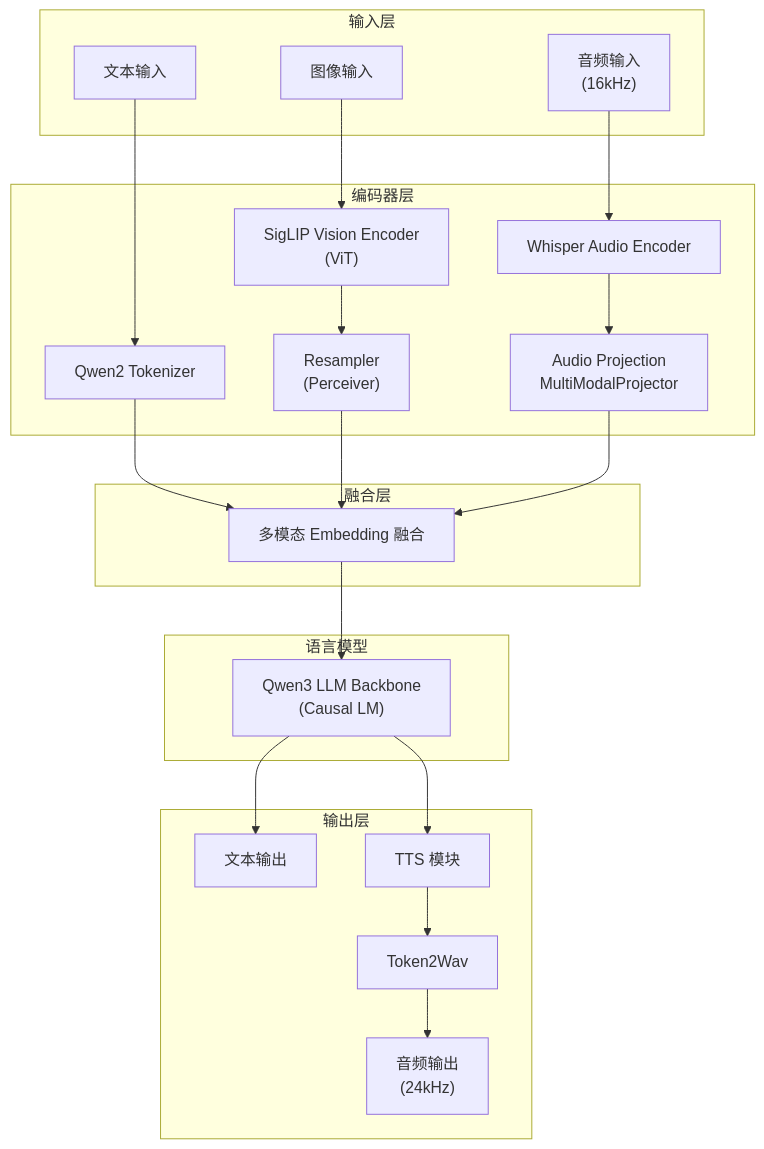
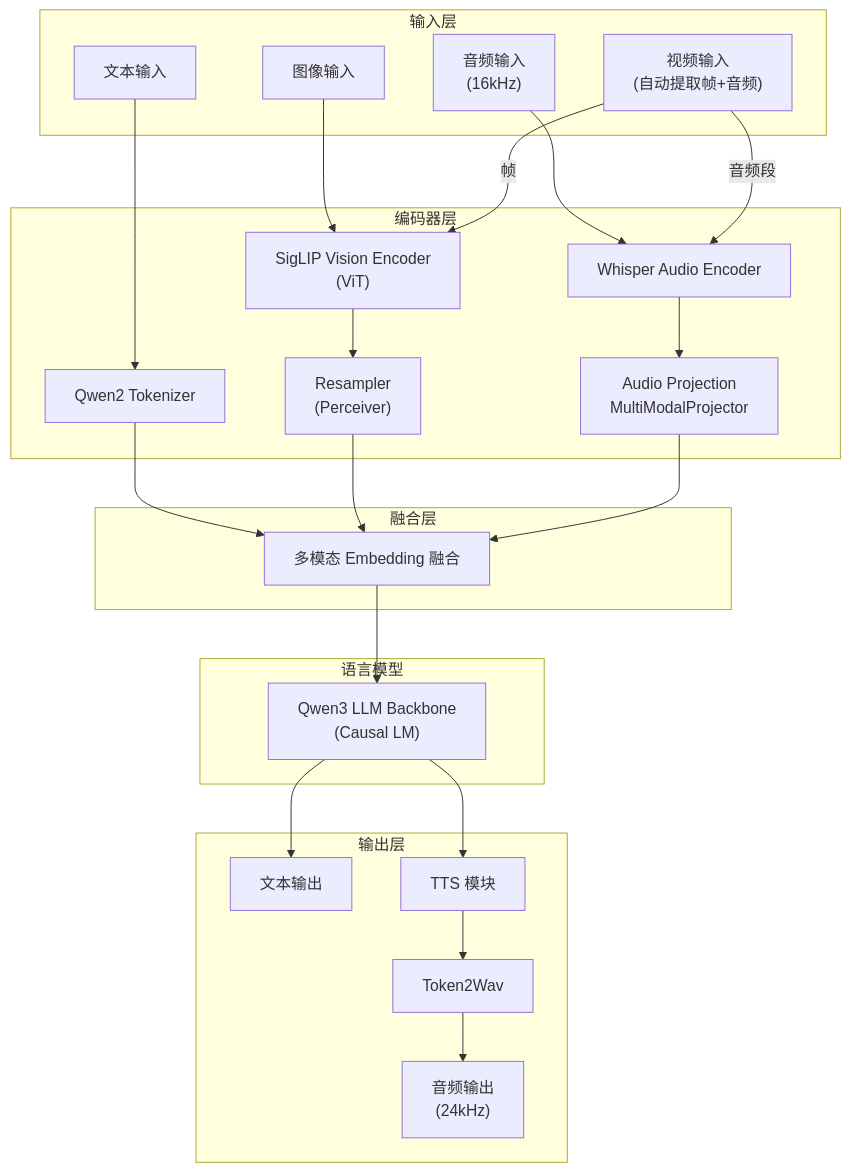
Before and after one commit to OpenBMB/minicpm-o-4_5-pytorch-simple-demo: the first of 2 diagrams in docs/zh/model.md, drawn with Mermaid. The commit also changed other lines of this file and 24 other files, not shown here.

````diff
--- a/docs/zh/model.md
+++ b/docs/zh/model.md
@@ -25,39 +25,42 @@
 ```mermaid
 graph TB
     subgraph inputLayer [输入层]
         TextIn["文本输入"]
         ImageIn["图像输入"]
         AudioIn["音频输入\n(16kHz)"]
+        VideoIn["视频输入\n(自动提取帧+音频)"]
     end
 
     subgraph encoderLayer [编码器层]
         Tokenizer["Qwen2 Tokenizer"]
         VPM["SigLIP Vision Encoder\n(ViT)"]
         Resampler["Resampler\n(Perceiver)"]
         APM["Whisper Audio Encoder"]
         AudioProj["Audio Projection\nMultiModalProjector"]
     end
 
     subgraph fusionLayer [融合层]
         Embedding["多模态 Embedding 融合"]
     end
 
     subgraph llmLayer [语言模型]
         LLM["Qwen3 LLM Backbone\n(Causal LM)"]
     end
 
     subgraph outputLayer [输出层]
         TextOut["文本输出"]
         TTSBlock["TTS 模块"]
         T2W["Token2Wav"]
         AudioOut["音频输出\n(24kHz)"]
     end
 
     TextIn --> Tokenizer --> Embedding
     ImageIn --> VPM --> Resampler --> Embedding
     AudioIn --> APM --> AudioProj --> Embedding
+    VideoIn -->|"帧"| VPM
+    VideoIn -->|"音频段"| APM
     Embedding --> LLM
     LLM --> TextOut
     LLM --> TTSBlock
     TTSBlock --> T2W --> AudioOut
 ```
````
